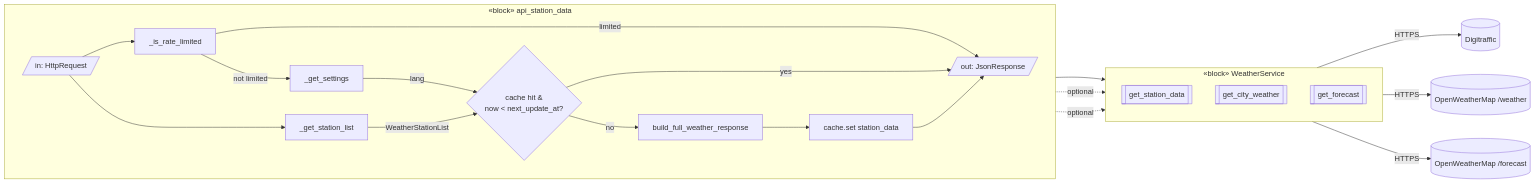
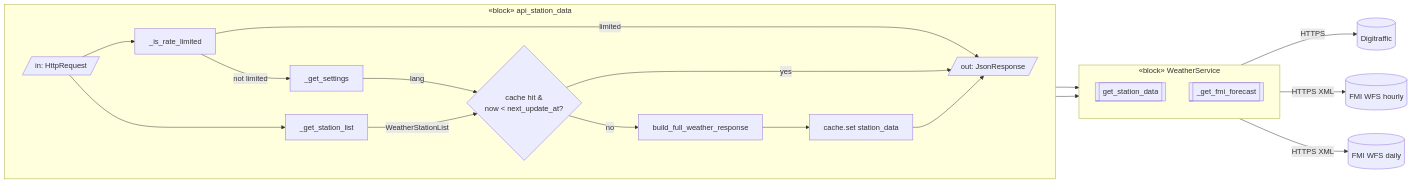
Before and after one commit to jjankkil/weatherview-django: the seventh of 9 diagrams in docs/ARCHITECTURE.md, drawn with Mermaid. The commit also changed other lines of this file and 12 other files, not shown here.

Commit message:
Change forecast service provider to FMI

````diff
--- a/docs/ARCHITECTURE.md
+++ b/docs/ARCHITECTURE.md
@@ -369,33 +364,31 @@
 ```mermaid
 flowchart LR
     subgraph req["«block» api_station_data"]
         direction LR
         in1[/"in: HttpRequest"/]
         out1[/"out: JsonResponse"/]
         in1 --> RL[_is_rate_limited]
         RL -->|not limited| L1[_get_settings]
         RL -->|limited| out1
         in1 --> L2[_get_station_list]
         L1 -->|lang| CHK{cache hit &\nnow < next_update_at?}
         L2 -->|WeatherStationList| CHK
         CHK -->|yes| out1
         CHK -->|no| L3[build_full_weather_response]
         L3 --> CSET[cache.set station_data]
         CSET --> out1
     end
 
     subgraph svc["«block» WeatherService"]
         direction TB
         P1[[get_station_data]]
-        P2[[get_city_weather]]
-        P3[[get_forecast]]
+        P4[[_get_fmi_forecast]]
     end
 
     L3 --> P1
-    L3 -.optional.-> P2
-    L3 -.optional.-> P3
+    L3 --> P4
 
     P1 -->|HTTPS| ED[("Digitraffic")]
-    P2 -->|HTTPS| EO[("OpenWeatherMap /weather")]
-    P3 -->|HTTPS| EF[("OpenWeatherMap /forecast")]
+    P4 -->|HTTPS XML| EF1[("FMI WFS hourly")]
+    P4 -->|HTTPS XML| EF2[("FMI WFS daily")]
 ```
````
